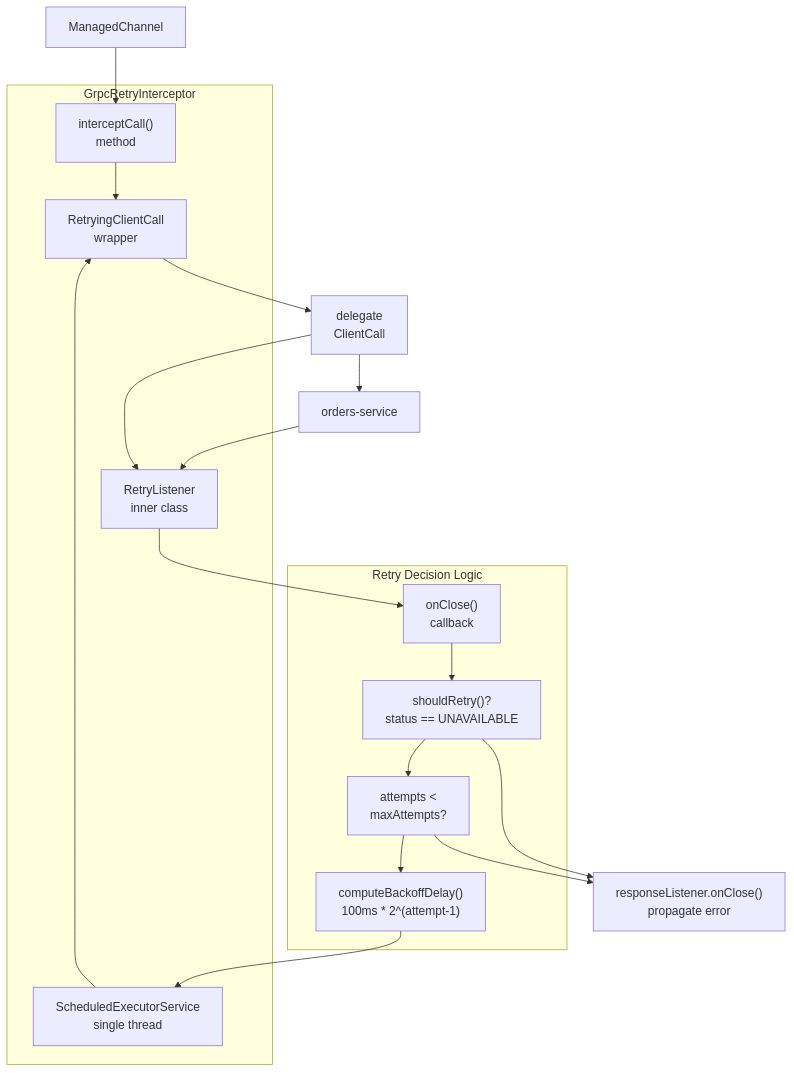
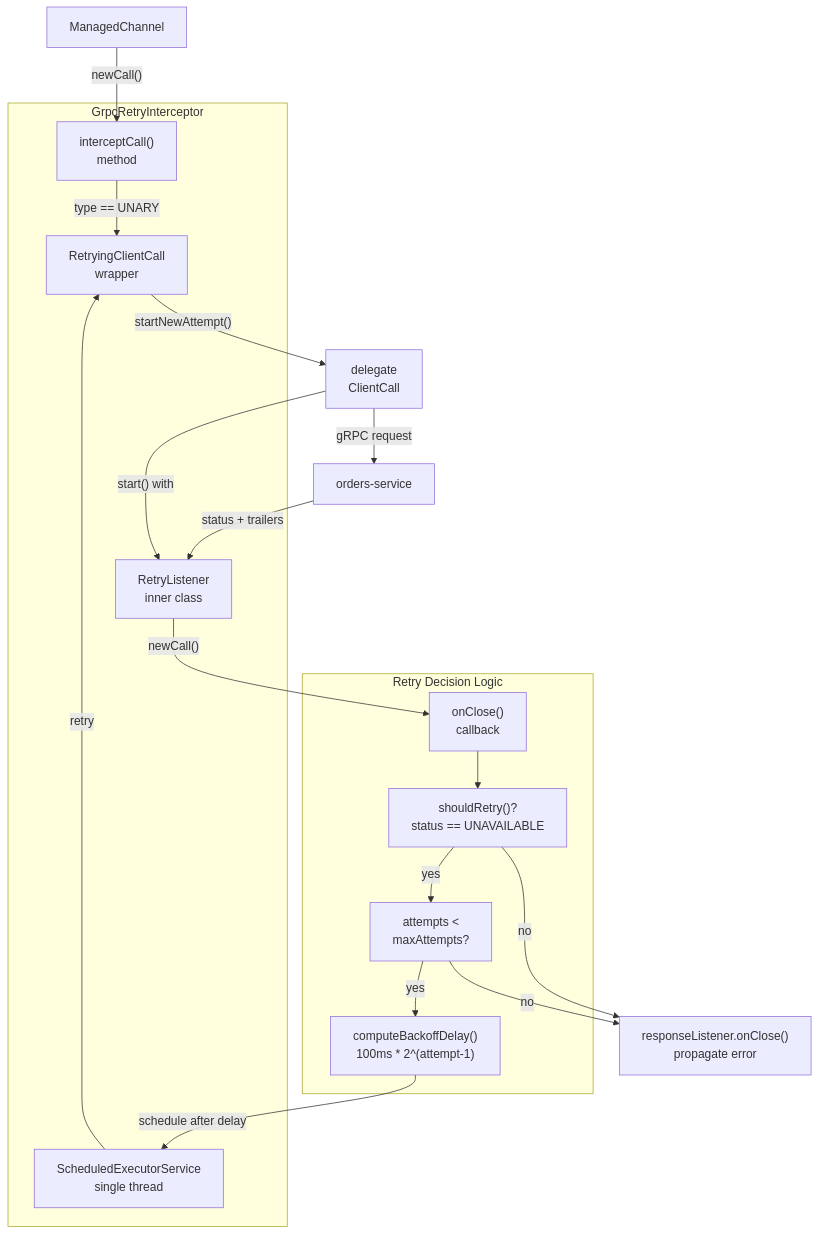
The fourth of 7 diagrams in docs/deepwiki/gRPC-Client-and-Retry-Logic.md (philipz/spring-modular-monolith), drawn with Mermaid before and after one commit. The commit also changed other lines of this file and 55 other files, not shown here.

````diff
--- a/docs/deepwiki/gRPC-Client-and-Retry-Logic.md
+++ b/docs/deepwiki/gRPC-Client-and-Retry-Logic.md
@@ -195,45 +195,45 @@
 ```mermaid
 flowchart TD
 
 Interceptor["interceptCall()<br>method"]
 RetryingClientCall["RetryingClientCall<br>wrapper"]
 RetryListener["RetryListener<br>inner class"]
 Scheduler["ScheduledExecutorService<br>single thread"]
 OnClose["onClose()<br>callback"]
 ShouldRetry["shouldRetry()?<br>status == UNAVAILABLE"]
 CheckAttempts["attempts <<br>maxAttempts?"]
 ComputeBackoff["computeBackoffDelay()<br>100ms * 2^(attempt-1)"]
 Channel["ManagedChannel"]
 Delegate["delegate<br>ClientCall"]
 Server["orders-service"]
 ResponseListener["responseListener.onClose()<br>propagate error"]
 
-Channel --> Interceptor
-RetryingClientCall --> Delegate
-Delegate --> RetryListener
-Delegate --> Server
-Server --> RetryListener
-RetryListener --> OnClose
-ShouldRetry --> ResponseListener
-CheckAttempts --> ResponseListener
-ComputeBackoff --> Scheduler
+Channel -->|"newCall()"| Interceptor
+RetryingClientCall -->|"startNewAttempt()"| Delegate
+Delegate -->|"start() with"| RetryListener
+Delegate -->|"gRPC request"| Server
+Server -->|"status + trailers"| RetryListener
+RetryListener -->|"newCall()"| OnClose
+ShouldRetry -->|"no"| ResponseListener
+CheckAttempts -->|"no"| ResponseListener
+ComputeBackoff -->|"schedule after delay"| Scheduler
 
 subgraph subGraph1 ["Retry Decision Logic"]
     OnClose
     ShouldRetry
     CheckAttempts
     ComputeBackoff
     OnClose --> ShouldRetry
-    ShouldRetry --> CheckAttempts
-    CheckAttempts --> ComputeBackoff
+    ShouldRetry -->|"yes"| CheckAttempts
+    CheckAttempts -->|"yes"| ComputeBackoff
 end
 
 subgraph GrpcRetryInterceptor ["GrpcRetryInterceptor"]
     Interceptor
     RetryingClientCall
     RetryListener
     Scheduler
-    Interceptor --> RetryingClientCall
-    Scheduler --> RetryingClientCall
+    Interceptor -->|"type == UNARY"| RetryingClientCall
+    Scheduler -->|"retry"| RetryingClientCall
 end
 ```
````
